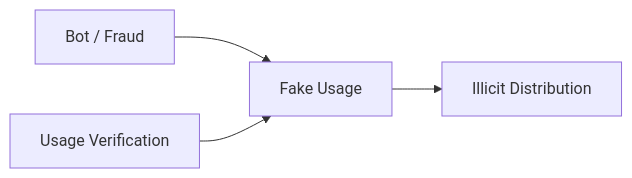
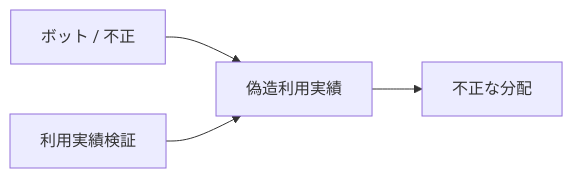
Diagram 13 of 27 in docs/whitepaper/06-economics-mathjax.md (ShigeichiroYamasaki/creator-first-platform), drawn with Mermaid before and after one commit. The commit also changed other lines of this file and 72 other files, not shown here.

````diff
--- a/docs/whitepaper/06-economics-mathjax.md
+++ b/docs/whitepaper/06-economics-mathjax.md
@@ -705,8 +705,8 @@
 ```mermaid
 flowchart LR
-    BOT[Bot / Fraud]
-    BOT --> FAKE[Fake Usage]
-    FAKE --> MONEY[Illicit Distribution]
+    BOT[ボット / 不正]
+    BOT --> FAKE[偽造利用実績]
+    FAKE --> MONEY[不正な分配]
 
-    VERIFY[Usage Verification] --> FAKE
+    VERIFY[利用実績検証] --> FAKE
 ```
````
